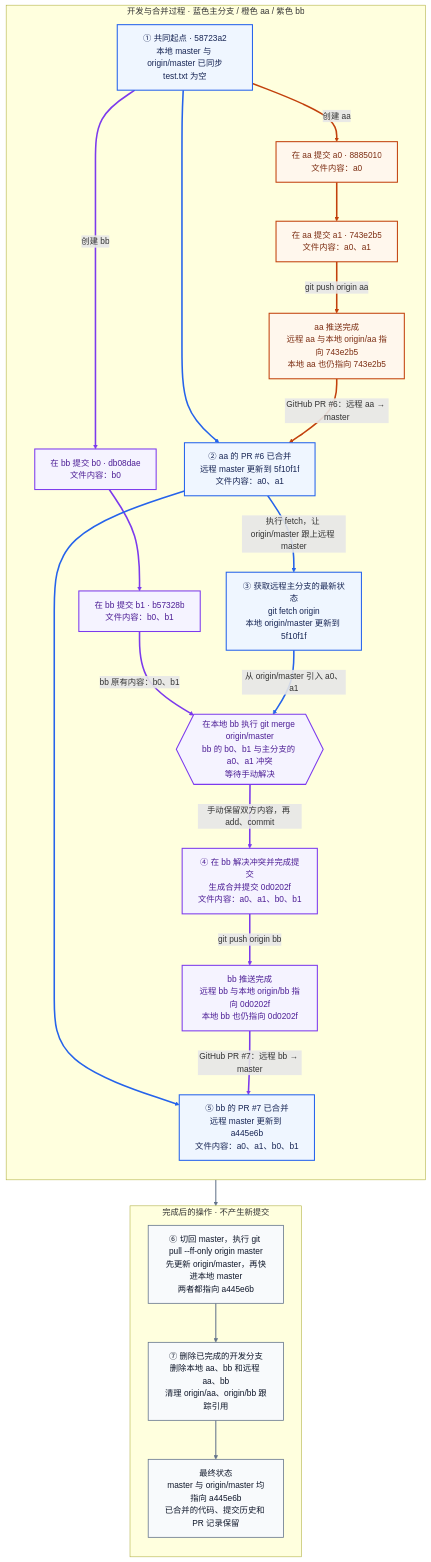
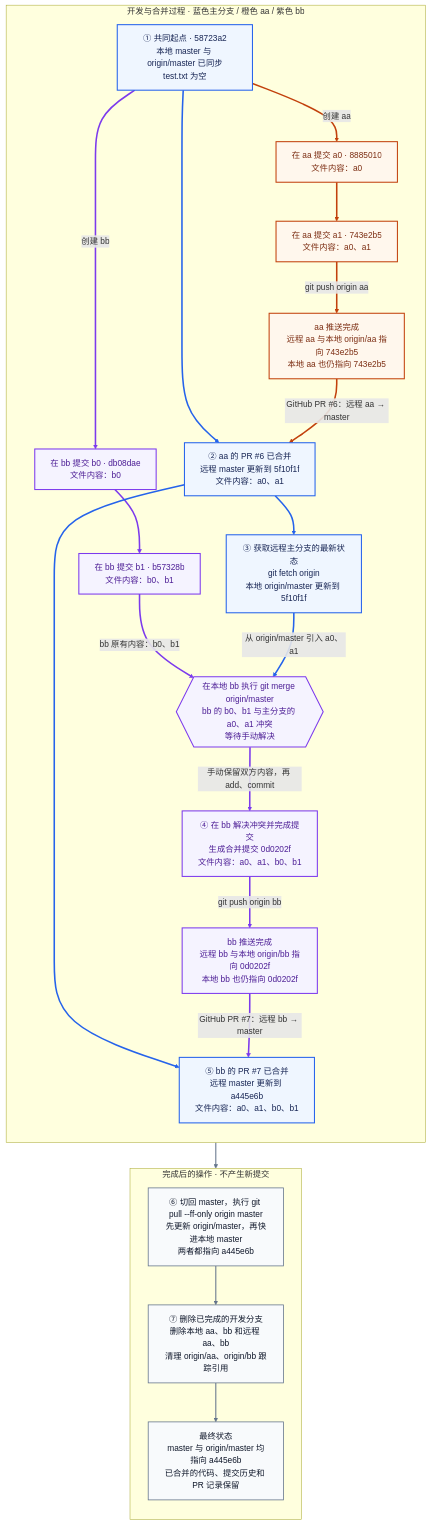
Before and after one commit to dcdmm/Script: the diagram in git-team-workflow.md, drawn with Mermaid. The commit also changed 1 other file, not shown here.

Commit message:
恢复&重置

````diff
--- a/git-team-workflow.md
+++ b/git-team-workflow.md
@@ -1,60 +1,60 @@
 ```mermaid
 flowchart TD
     subgraph HISTORY["开发与合并过程 · 蓝色主分支 / 橙色 aa / 紫色 bb"]
         direction TD
 
         O["① 共同起点 · 58723a2<br/>本地 master 与 origin/master 已同步<br/>test.txt 为空"]
         A0["在 aa 提交 a0 · 8885010<br/>文件内容：a0"]
         A1["在 aa 提交 a1 · 743e2b5<br/>文件内容：a0、a1"]
         RA["aa 推送完成<br/>远程 aa 与本地 origin/aa 指向 743e2b5<br/>本地 aa 也仍指向 743e2b5"]
         B0["在 bb 提交 b0 · db08dae<br/>文件内容：b0"]
         B1["在 bb 提交 b1 · b57328b<br/>文件内容：b0、b1"]
         P6["② aa 的 PR #6 已合并<br/>远程 master 更新到 5f10f1f<br/>文件内容：a0、a1"]
         FM["③ 获取远程主分支的最新状态<br/>git fetch origin<br/>本地 origin/master 更新到 5f10f1f"]
         X{{"在本地 bb 执行 git merge origin/master<br/>bb 的 b0、b1 与主分支的 a0、a1 冲突<br/>等待手动解决"}}
         M["④ 在 bb 解决冲突并完成提交<br/>生成合并提交 0d0202f<br/>文件内容：a0、a1、b0、b1"]
         RB["bb 推送完成<br/>远程 bb 与本地 origin/bb 指向 0d0202f<br/>本地 bb 也仍指向 0d0202f"]
         P7["⑤ bb 的 PR #7 已合并<br/>远程 master 更新到 a445e6b<br/>文件内容：a0、a1、b0、b1"]
 
         O -->|"创建 aa"| A0
         A0 --> A1
         A1 -->|"git push origin aa"| RA
         O -->|"创建 bb"| B0
         B0 --> B1
         O --> P6
         RA -->|"GitHub PR #6：远程 aa → master"| P6
-        P6 -->|"执行 fetch，让 origin/master 跟上远程 master"| FM
+        P6 --> FM
         B1 -->|"bb 原有内容：b0、b1"| X
         FM -->|"从 origin/master 引入 a0、a1"| X
         X -->|"手动保留双方内容，再 add、commit"| M
         M -->|"git push origin bb"| RB
         P6 --> P7
         RB -->|"GitHub PR #7：远程 bb → master"| P7
     end
 
     subgraph CLEANUP["完成后的操作 · 不产生新提交"]
         direction TD
         S["⑥ 切回 master，执行 git pull --ff-only origin master<br/>先更新 origin/master，再快进本地 master<br/>两者都指向 a445e6b"]
         D["⑦ 删除已完成的开发分支<br/>删除本地 aa、bb 和远程 aa、bb<br/>清理 origin/aa、origin/bb 跟踪引用"]
         F["最终状态<br/>master 与 origin/master 均指向 a445e6b<br/>已合并的代码、提交历史和 PR 记录保留"]
     end
 
     P7 --> S
     S --> D
     D --> F
 
     classDef mainNode fill:#eff6ff,stroke:#2563eb,color:#172554,stroke-width:2px;
     classDef aaNode fill:#fff7ed,stroke:#c2410c,color:#7c2d12,stroke-width:2px;
     classDef bbNode fill:#f5f3ff,stroke:#7c3aed,color:#4c1d95,stroke-width:2px;
     classDef actionNode fill:#f8fafc,stroke:#64748b,color:#0f172a,stroke-width:1.5px;
 
     class O,P6,FM,P7 mainNode;
     class A0,A1,RA aaNode;
     class B0,B1,X,M,RB bbNode;
     class S,D,F actionNode;
 
     linkStyle 0,1,2,6 stroke:#c2410c,stroke-width:3px;
     linkStyle 3,4,8,10,11,13 stroke:#7c3aed,stroke-width:3px;
     linkStyle 5,7,9,12 stroke:#2563eb,stroke-width:3px;
     linkStyle 14,15,16 stroke:#64748b,stroke-width:2px;
 ```
````
